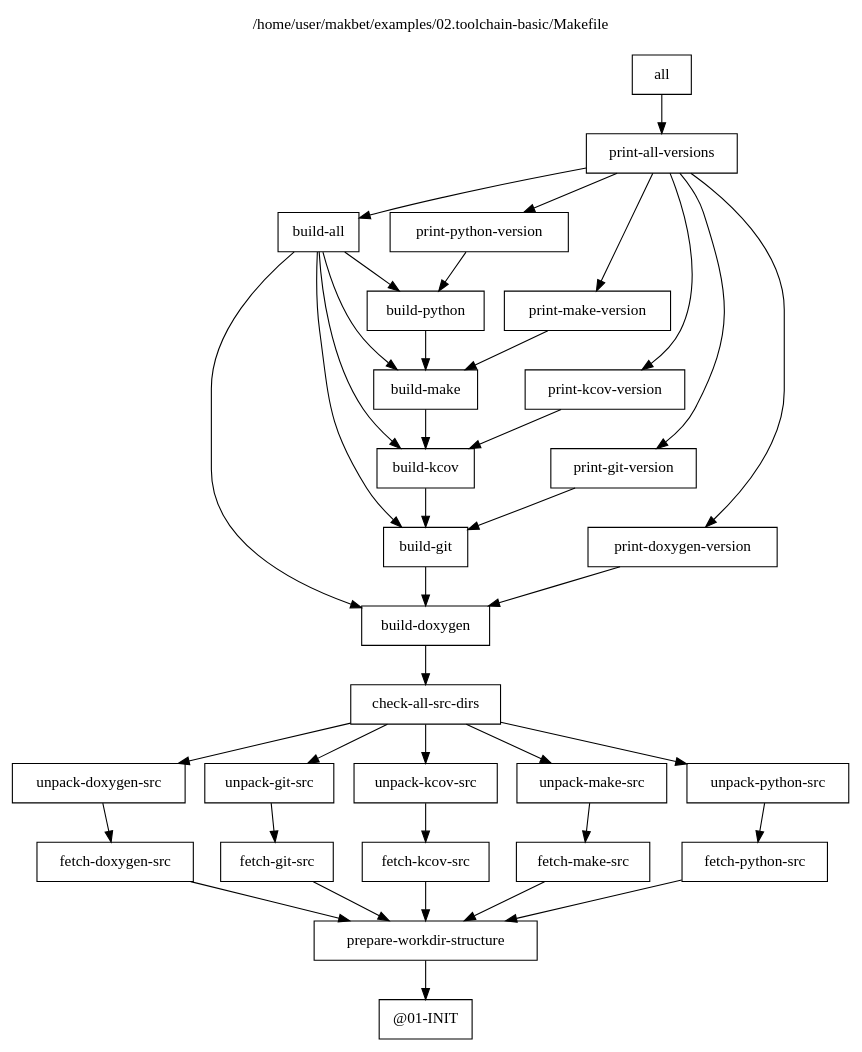
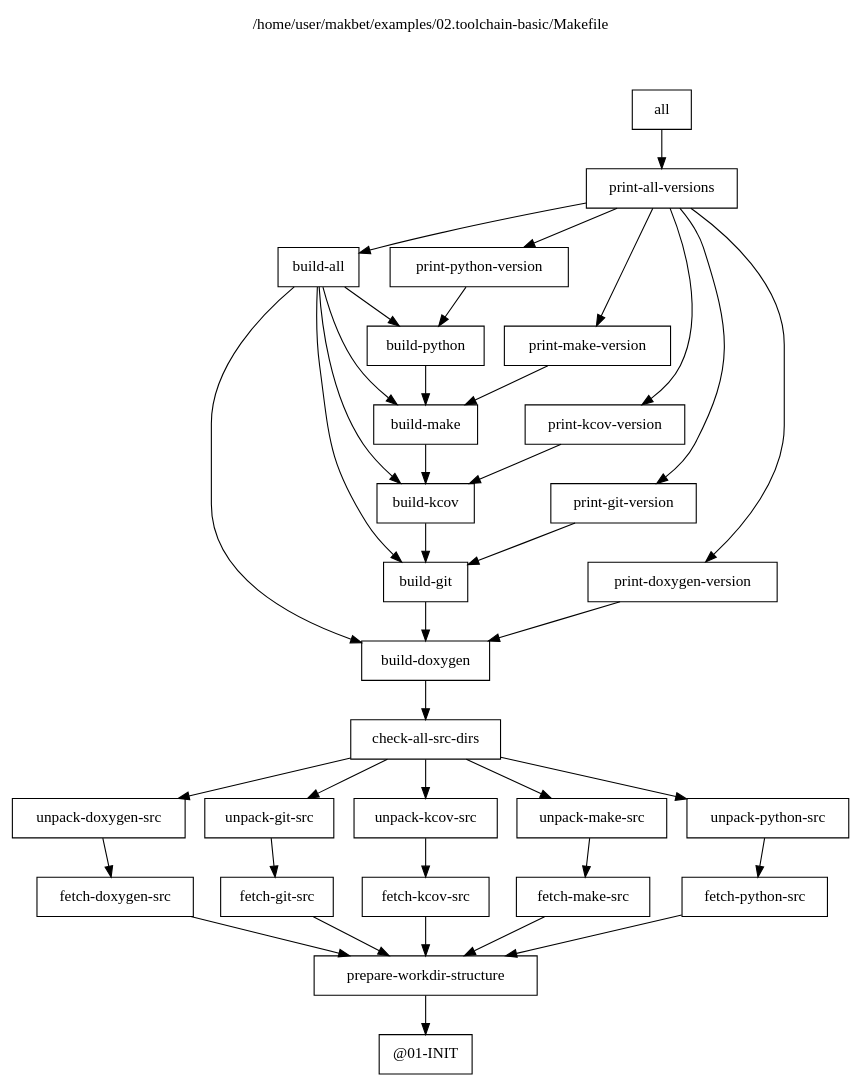
The diagram in docs/examples/02.toolchain-basic/results.dot (skaluzka/makbet), drawn with Graphviz before and after one commit. The commit also changed 11 other files, not shown here.

Commit message:
[DEV] Add two empty lines to DOT graph title

```diff
--- a/docs/examples/02.toolchain-basic/results.dot
+++ b/docs/examples/02.toolchain-basic/results.dot
@@ -1,82 +1,82 @@
 digraph {
 
 // This file has been generated by makbet heads/master-0-g88262d1
 // Generation date: Wed 19 Aug 2020 01:21:07 AM CEST
 // Input: /home/user/makbet/examples/02.toolchain-basic/Makefile
 
 // Graph title.
 labelloc="t";
-label="/home/user/makbet/examples/02.toolchain-basic/Makefile\n\n"
+label="/home/user/makbet/examples/02.toolchain-basic/Makefile\n\n\n\n"
 
 // Node options.
 node [shape=box];
 
 "all" -> "print-all-versions";
 
 "build-all" -> "build-doxygen";
 "build-all" -> "build-git";
 "build-all" -> "build-kcov";
 "build-all" -> "build-make";
 "build-all" -> "build-python";
 
 "build-doxygen" -> "check-all-src-dirs";
 
 "build-git" -> "build-doxygen";
 
 "build-kcov" -> "build-git";
 
 "build-make" -> "build-kcov";
 
 "build-python" -> "build-make";
 
 "check-all-src-dirs" -> "unpack-doxygen-src";
 "check-all-src-dirs" -> "unpack-git-src";
 "check-all-src-dirs" -> "unpack-kcov-src";
 "check-all-src-dirs" -> "unpack-make-src";
 "check-all-src-dirs" -> "unpack-python-src";
 
 "fetch-doxygen-src" -> "prepare-workdir-structure";
 
 "fetch-git-src" -> "prepare-workdir-structure";
 
 "fetch-kcov-src" -> "prepare-workdir-structure";
 
 "fetch-make-src" -> "prepare-workdir-structure";
 
 "fetch-python-src" -> "prepare-workdir-structure";
 
 "@01-INIT";
 
 "prepare-workdir-structure" -> "@01-INIT";
 
 "print-all-versions" -> "build-all";
 "print-all-versions" -> "print-doxygen-version";
 "print-all-versions" -> "print-git-version";
 "print-all-versions" -> "print-kcov-version";
 "print-all-versions" -> "print-make-version";
 "print-all-versions" -> "print-python-version";
 
 "print-doxygen-version" -> "build-doxygen";
 
 "print-git-version" -> "build-git";
 
 "print-kcov-version" -> "build-kcov";
 
 "print-make-version" -> "build-make";
 
 "print-python-version" -> "build-python";
 
 "unpack-doxygen-src" -> "fetch-doxygen-src";
 
 "unpack-git-src" -> "fetch-git-src";
 
 "unpack-kcov-src" -> "fetch-kcov-src";
 
 "unpack-make-src" -> "fetch-make-src";
 
 "unpack-python-src" -> "fetch-python-src";
 
 }
 
 
 // End of file
```
